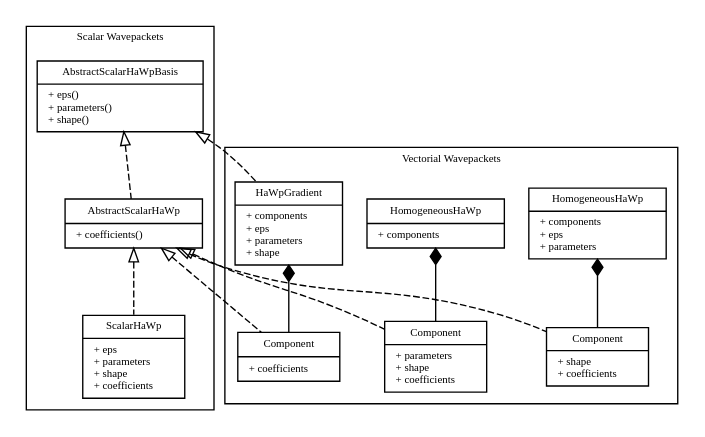
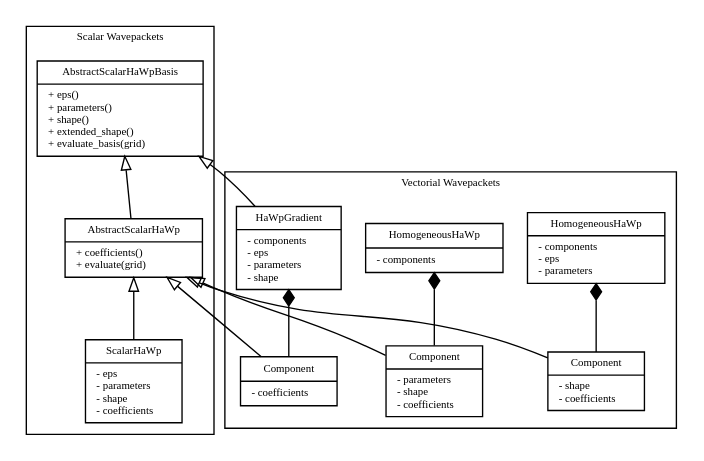
Before and after one commit to WaveBlocks/libwaveblocks: the diagram in doc/hawp_inheritance.dot, drawn with Graphviz. The commit also changed 1 other file, not shown here.

Commit message:
Small corrections to UML of HaWp-Inheritance

```diff
--- a/doc/hawp_inheritance.dot
+++ b/doc/hawp_inheritance.dot
@@ -1,94 +1,92 @@
 digraph HaWpInheritance {
     fontname = "Bitstream Vera Sans"
     fontsize = 8
 
     node [
         fontname = "Bitstream Vera Sans"
         fontsize = 8
         shape = "record"
     ]
 
     edge [
         fontname = "Bitstream Vera Sans"
         fontsize = 8
         
     ]
     
     subgraph clusterScalarWavepackets {
         label = "Scalar Wavepackets"
         
         AbstractScalarHaWpBasis [
-            label = "{AbstractScalarHaWpBasis|+ eps() \l+ parameters() \l+ shape() \l}"
+            label = "{AbstractScalarHaWpBasis|+ eps() \l+ parameters() \l+ shape() \l+ extended_shape() \l+ evaluate_basis(grid) \l}"
         ]
         
         AbstractScalarHaWp [
-            label = "{AbstractScalarHaWp|+ coefficients() \l}"
+            label = "{AbstractScalarHaWp|+ coefficients() \l+ evaluate(grid) \l}"
         ]
         
         ScalarHaWp [
-            label = "{ScalarHaWp|+ eps \l+ parameters \l+ shape \l+ coefficients \l}"
+            label = "{ScalarHaWp|- eps \l- parameters \l- shape \l- coefficients \l}"
         ]
         
         edge [
             arrowtail = "empty"
-            style = "dashed"
         ]
         
         AbstractScalarHaWpBasis -> AbstractScalarHaWp [dir="back"]
         AbstractScalarHaWp -> ScalarHaWp [dir="back"]
     }
     
     subgraph clusterVectorialWavepackets {
         label = "Vectorial Wavepackets"
         
         HomogeneousHaWp__Component [
-            label = "{Component|+ shape \l+ coefficients \l}"
+            label = "{Component|- shape \l- coefficients \l}"
             group = groupHomogeneousHaWp
         ]
         
         HomogeneousHaWp [
-            label = "{HomogeneousHaWp|+ components \l+ eps \l+ parameters \l}"
+            label = "{HomogeneousHaWp|- components \l- eps \l- parameters \l}"
             group = groupHomogeneousHaWp
         ]
         
         
         InhomogeneousHaWp__Component [
-            label = "{Component|+ parameters \l+ shape\l+ coefficients \l}"
+            label = "{Component|- parameters \l- shape\l- coefficients \l}"
             group = groupInhomogeneousHaWp
         ]
         
         InhomogeneousHaWp [
-            label = "{HomogeneousHaWp|+ components \l}"
+            label = "{HomogeneousHaWp|- components \l}"
             group = groupInhomogeneousHaWp
         ]
         
         
         HaWpGradient__Component [
-            label = "{Component|+ coefficients \l}"
+            label = "{Component|- coefficients \l}"
             group = groupHaWpGradient
         ]
         
         HaWpGradient [
-            label = "{HaWpGradient|+ components \l+ eps \l+ parameters \l+ shape \l}"
+            label = "{HaWpGradient|- components \l- eps \l- parameters \l- shape \l}"
             group = groupHaWpGradient
         ]
         
         edge [
             arrowtail = "diamond"
         ]
         
         HomogeneousHaWp -> HomogeneousHaWp__Component [dir="back"]
         InhomogeneousHaWp -> InhomogeneousHaWp__Component [dir="back"]
         HaWpGradient -> HaWpGradient__Component [dir="back"]
     }
     
     edge [
         arrowtail = "empty"
-        style = "dashed"
     ]
     
     AbstractScalarHaWpBasis -> HaWpGradient [dir="back"]
     AbstractScalarHaWp -> HomogeneousHaWp__Component [dir="back"]
     AbstractScalarHaWp -> InhomogeneousHaWp__Component [dir="back"]
     AbstractScalarHaWp -> HaWpGradient__Component  [dir="back"]
 }
```
